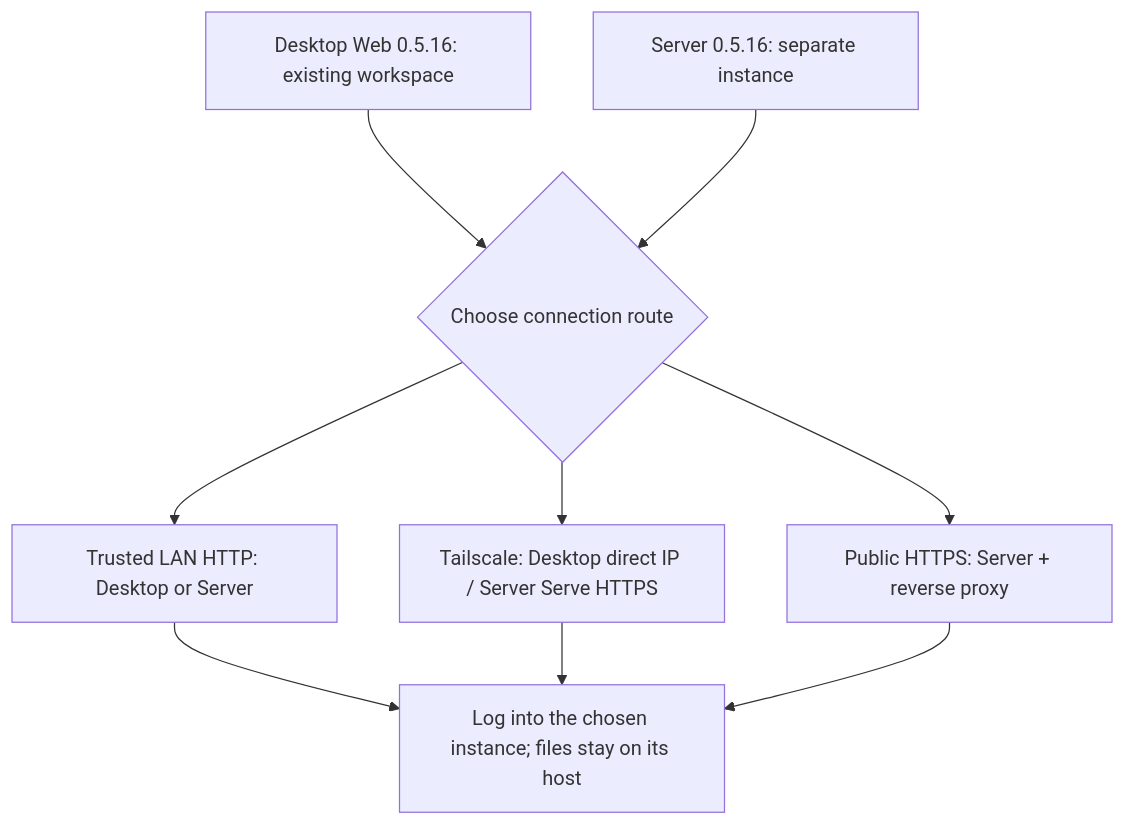
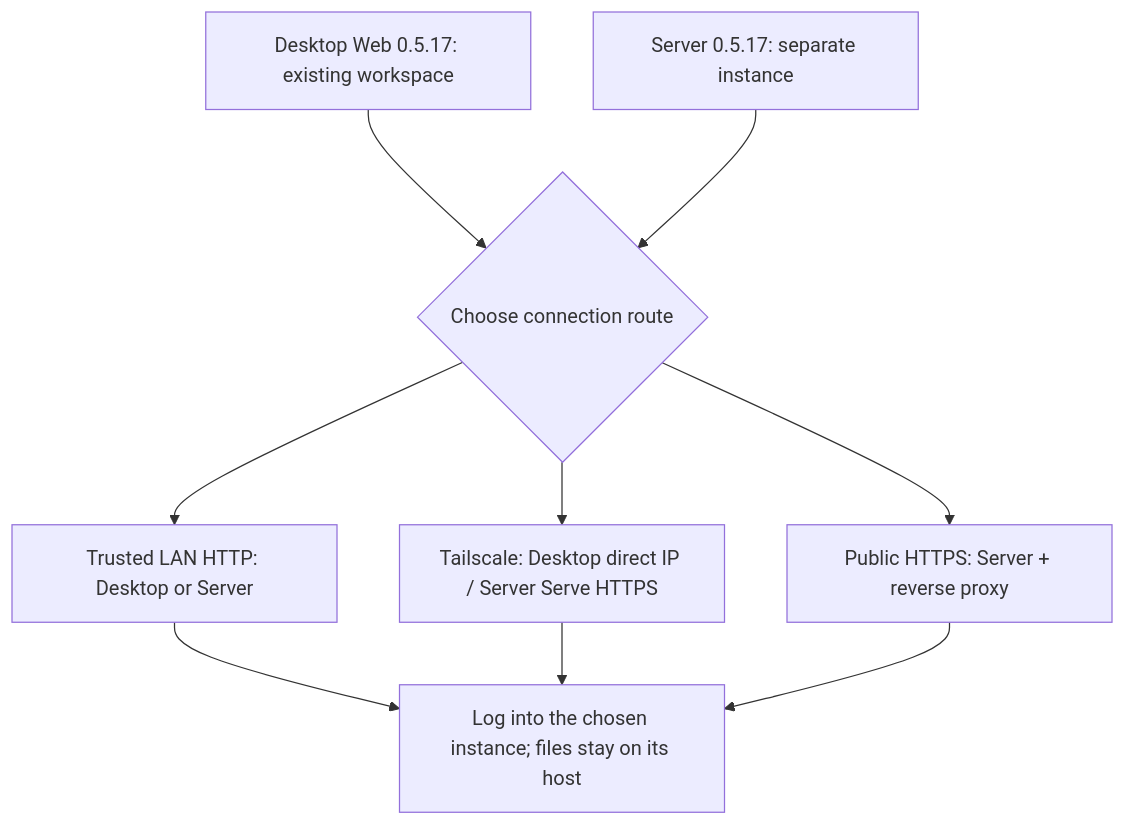
Before and after one commit to murray17/rovai-ai: the diagram in website/site/public/assets/diagrams/deployment-choice-en.mmd, drawn with Mermaid. The commit also changed 10 other files, not shown here.

```diff
--- a/website/site/public/assets/diagrams/deployment-choice-en.mmd
+++ b/website/site/public/assets/diagrams/deployment-choice-en.mmd
@@ -1,12 +1,12 @@
 flowchart TB
-  desktop["Desktop Web 0.5.16: existing workspace"]
-  server["Server 0.5.16: separate instance"]
+  desktop["Desktop Web 0.5.17: existing workspace"]
+  server["Server 0.5.17: separate instance"]
   choice{"Choose connection route"}
   desktop --> choice
   server --> choice
   choice --> lan["Trusted LAN HTTP: Desktop or Server"]
   choice --> ts["Tailscale: Desktop direct IP / Server Serve HTTPS"]
   choice --> public["Public HTTPS: Server + reverse proxy"]
   lan --> login["Log into the chosen instance; files stay on its host"]
   ts --> login
   public --> login
```
